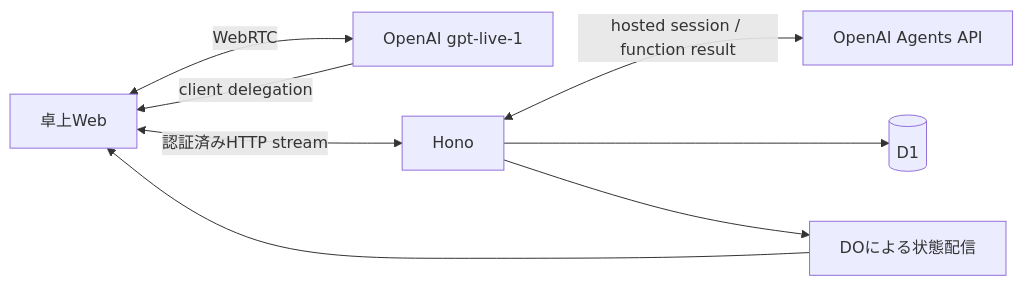
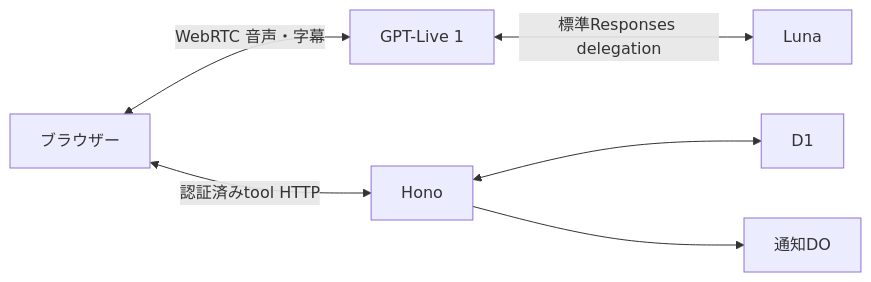
The diagram in docs/voice/integration.md (kit-codex-hack-fes-2026/tablecast-poc), drawn with Mermaid before and after one commit. The commit also changed other lines of this file and 35 other files, not shown here.

First line of the commit message:
perf(voice): ⚡ use native Live Responses delegation (#100)

````diff
--- a/docs/voice/integration.md
+++ b/docs/voice/integration.md
@@ -7,10 +7,8 @@
 ```mermaid
 flowchart LR
-    K[卓上Web] <-->|WebRTC| O[OpenAI gpt-live-1]
-    O -->|client delegation| K
-    K <-->|認証済みHTTP stream| H[Hono]
-    H <-->|hosted session / function result| A[OpenAI Agents API]
-    H --> D[(D1)]
-    H --> R[DOによる状態配信]
-    R --> K
+    B[ブラウザー] <-->|WebRTC 音声・字幕| L[GPT-Live 1]
+    L <-->|標準Responses delegation| R[Luna]
+    B <-->|認証済みtool HTTP| H[Hono]
+    H <--> D[D1]
+    H --> N[通知DO]
 ```
````
